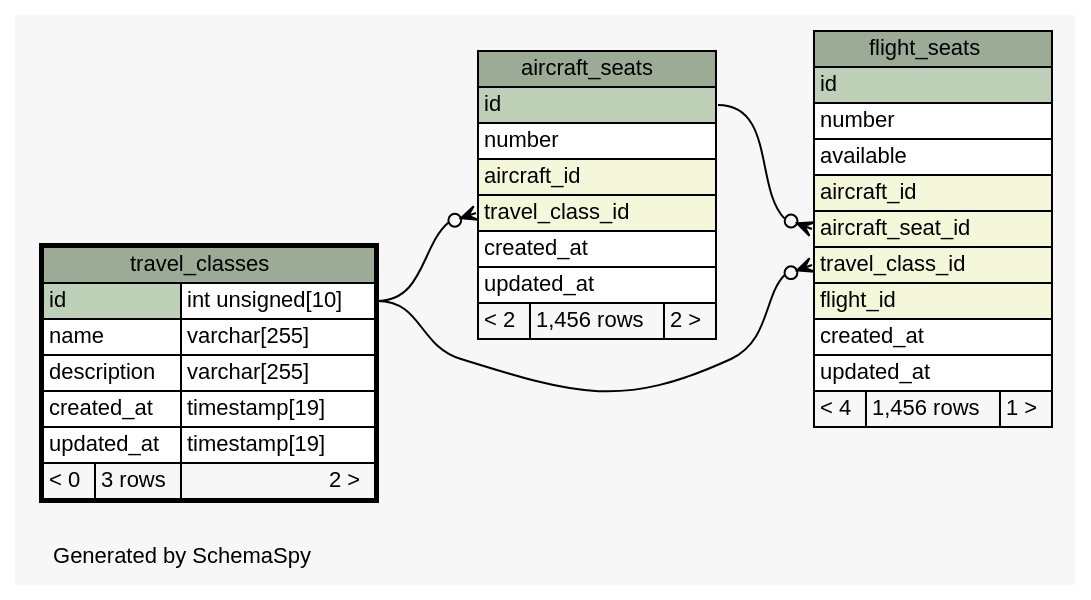
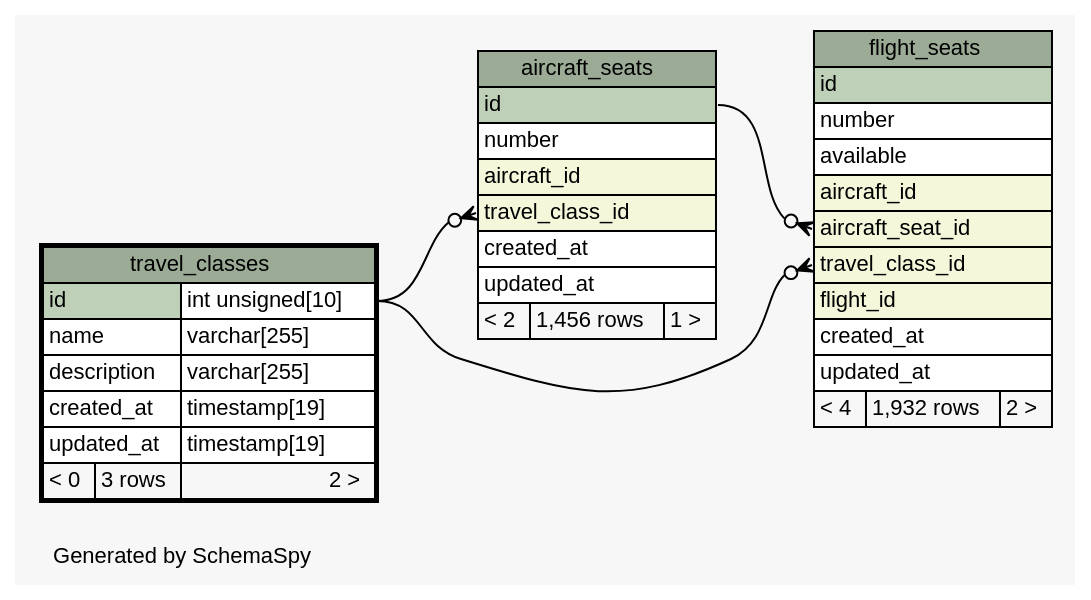
One commit to joaonzangoII/flightbookingsystem changed the diagram in web/app/database/schema/diagrams/travel_classes.1degree.dot. Above: the diagram before and after it, drawn with Graphviz. The commit also changed 441 other files, not shown here.

```diff
--- a/web/app/database/schema/diagrams/travel_classes.1degree.dot
+++ b/web/app/database/schema/diagrams/travel_classes.1degree.dot
@@ -1,72 +1,72 @@
-// dot 2.38.0 on Linux 4.8.0-49-generic
+// dot 2.38.0 on Linux 4.10.0-21-generic
 // SchemaSpy rev 590
 digraph "oneDegreeRelationshipsDiagram" {
   graph [
     rankdir="RL"
     bgcolor="#f7f7f7"
     label="\nGenerated by SchemaSpy"
     labeljust="l"
     nodesep="0.18"
     ranksep="0.46"
     fontname="Helvetica"
     fontsize="11"
   ];
   node [
     fontname="Helvetica"
     fontsize="11"
     shape="plaintext"
   ];
   edge [
     arrowsize="0.8"
   ];
   "aircraft_seats":"travel_class_id":w -> "travel_classes":"id.type":e [arrowhead=none dir=back arrowtail=crowodot];
   "flight_seats":"aircraft_seat_id":w -> "aircraft_seats":"id":e [arrowhead=none dir=back arrowtail=crowodot];
   "flight_seats":"travel_class_id":w -> "travel_classes":"id.type":e [arrowhead=none dir=back arrowtail=crowodot];
   "aircraft_seats" [
     label=<
     <TABLE BORDER="0" CELLBORDER="1" CELLSPACING="0" BGCOLOR="#ffffff">
       <TR><TD COLSPAN="3" BGCOLOR="#9bab96" ALIGN="CENTER">aircraft_seats</TD></TR>
       <TR><TD PORT="id" COLSPAN="3" BGCOLOR="#bed1b8" ALIGN="LEFT">id</TD></TR>
       <TR><TD PORT="number" COLSPAN="3" ALIGN="LEFT">number</TD></TR>
       <TR><TD PORT="aircraft_id" COLSPAN="3" BGCOLOR="#f4f7da" ALIGN="LEFT">aircraft_id</TD></TR>
       <TR><TD PORT="travel_class_id" COLSPAN="3" BGCOLOR="#f4f7da" ALIGN="LEFT">travel_class_id</TD></TR>
       <TR><TD PORT="created_at" COLSPAN="3" ALIGN="LEFT">created_at</TD></TR>
       <TR><TD PORT="updated_at" COLSPAN="3" ALIGN="LEFT">updated_at</TD></TR>
-      <TR><TD ALIGN="LEFT" BGCOLOR="#f7f7f7">&lt; 2</TD><TD ALIGN="RIGHT" BGCOLOR="#f7f7f7">1,456 rows</TD><TD ALIGN="RIGHT" BGCOLOR="#f7f7f7">2 &gt;</TD></TR>
+      <TR><TD ALIGN="LEFT" BGCOLOR="#f7f7f7">&lt; 2</TD><TD ALIGN="RIGHT" BGCOLOR="#f7f7f7">1,456 rows</TD><TD ALIGN="RIGHT" BGCOLOR="#f7f7f7">1 &gt;</TD></TR>
     </TABLE>>
     URL="aircraft_seats.html"
     tooltip="aircraft_seats"
   ];
   "flight_seats" [
     label=<
     <TABLE BORDER="0" CELLBORDER="1" CELLSPACING="0" BGCOLOR="#ffffff">
       <TR><TD COLSPAN="3" BGCOLOR="#9bab96" ALIGN="CENTER">flight_seats</TD></TR>
       <TR><TD PORT="id" COLSPAN="3" BGCOLOR="#bed1b8" ALIGN="LEFT">id</TD></TR>
       <TR><TD PORT="number" COLSPAN="3" ALIGN="LEFT">number</TD></TR>
       <TR><TD PORT="available" COLSPAN="3" ALIGN="LEFT">available</TD></TR>
       <TR><TD PORT="aircraft_id" COLSPAN="3" BGCOLOR="#f4f7da" ALIGN="LEFT">aircraft_id</TD></TR>
       <TR><TD PORT="aircraft_seat_id" COLSPAN="3" BGCOLOR="#f4f7da" ALIGN="LEFT">aircraft_seat_id</TD></TR>
       <TR><TD PORT="travel_class_id" COLSPAN="3" BGCOLOR="#f4f7da" ALIGN="LEFT">travel_class_id</TD></TR>
       <TR><TD PORT="flight_id" COLSPAN="3" BGCOLOR="#f4f7da" ALIGN="LEFT">flight_id</TD></TR>
       <TR><TD PORT="created_at" COLSPAN="3" ALIGN="LEFT">created_at</TD></TR>
       <TR><TD PORT="updated_at" COLSPAN="3" ALIGN="LEFT">updated_at</TD></TR>
-      <TR><TD ALIGN="LEFT" BGCOLOR="#f7f7f7">&lt; 4</TD><TD ALIGN="RIGHT" BGCOLOR="#f7f7f7">1,456 rows</TD><TD ALIGN="RIGHT" BGCOLOR="#f7f7f7">1 &gt;</TD></TR>
+      <TR><TD ALIGN="LEFT" BGCOLOR="#f7f7f7">&lt; 4</TD><TD ALIGN="RIGHT" BGCOLOR="#f7f7f7">1,932 rows</TD><TD ALIGN="RIGHT" BGCOLOR="#f7f7f7">2 &gt;</TD></TR>
     </TABLE>>
     URL="flight_seats.html"
     tooltip="flight_seats"
   ];
   "travel_classes" [
     label=<
     <TABLE BORDER="2" CELLBORDER="1" CELLSPACING="0" BGCOLOR="#ffffff">
       <TR><TD COLSPAN="3" BGCOLOR="#9bab96" ALIGN="CENTER">travel_classes</TD></TR>
       <TR><TD PORT="id" COLSPAN="2" BGCOLOR="#bed1b8" ALIGN="LEFT">id</TD><TD PORT="id.type" ALIGN="LEFT">int unsigned[10]</TD></TR>
       <TR><TD PORT="name" COLSPAN="2" ALIGN="LEFT">name</TD><TD PORT="name.type" ALIGN="LEFT">varchar[255]</TD></TR>
       <TR><TD PORT="description" COLSPAN="2" ALIGN="LEFT">description</TD><TD PORT="description.type" ALIGN="LEFT">varchar[255]</TD></TR>
       <TR><TD PORT="created_at" COLSPAN="2" ALIGN="LEFT">created_at</TD><TD PORT="created_at.type" ALIGN="LEFT">timestamp[19]</TD></TR>
       <TR><TD PORT="updated_at" COLSPAN="2" ALIGN="LEFT">updated_at</TD><TD PORT="updated_at.type" ALIGN="LEFT">timestamp[19]</TD></TR>
       <TR><TD ALIGN="LEFT" BGCOLOR="#f7f7f7">&lt; 0</TD><TD ALIGN="RIGHT" BGCOLOR="#f7f7f7">3 rows</TD><TD ALIGN="RIGHT" BGCOLOR="#f7f7f7">2 &gt;</TD></TR>
     </TABLE>>
     URL="travel_classes.html"
     tooltip="travel_classes"
   ];
 }
```
